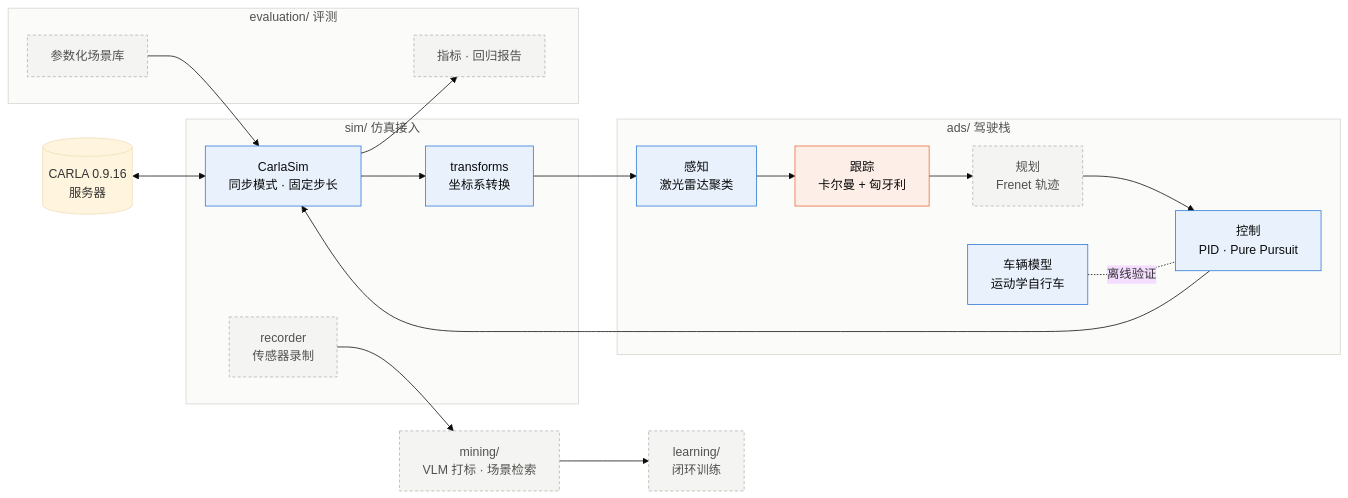
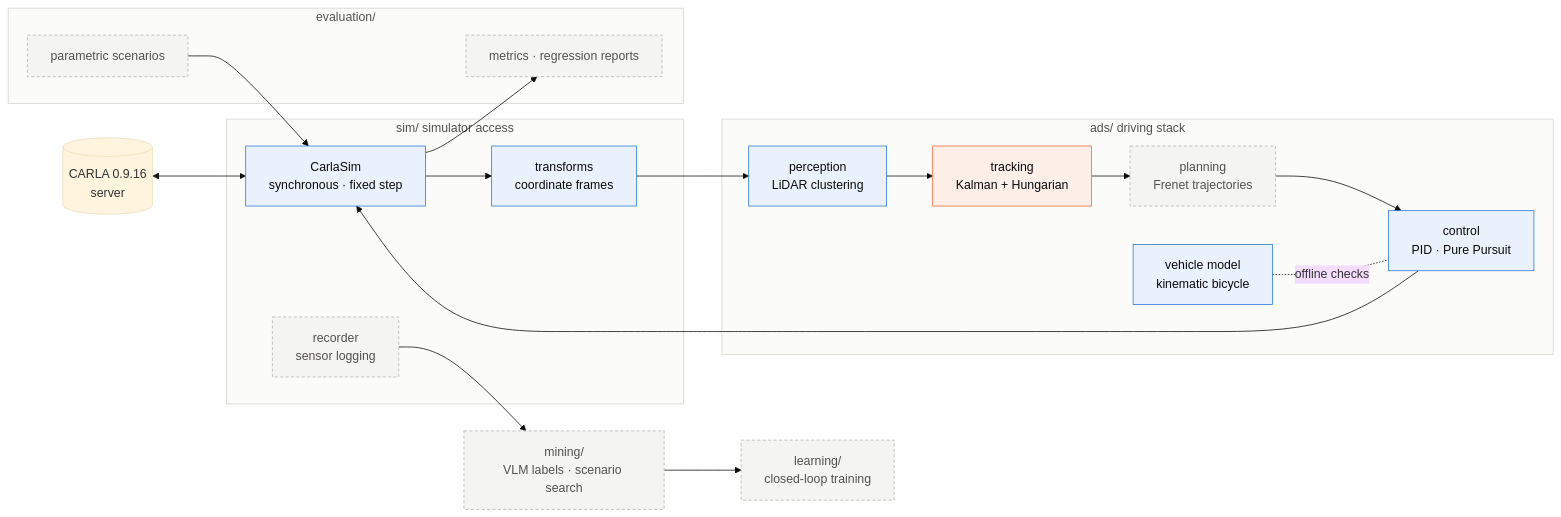
One commit to chasen2041maker/highway-sim-eval changed the diagram in README.md. Above: the diagram before and after it, drawn with Mermaid (base theme). The commit also changed other lines of this file and 1 other file, not shown here.

````diff
--- a/README.md
+++ b/README.md
@@ -76,40 +65,40 @@
 ```mermaid
 flowchart LR
-    CARLA[("CARLA 0.9.16<br/>服务器")]
+    CARLA[("CARLA 0.9.16<br/>server")]
 
-    subgraph SIM["sim/ 仿真接入"]
-        C["CarlaSim<br/>同步模式 · 固定步长"]
-        T["transforms<br/>坐标系转换"]
-        R["recorder<br/>传感器录制"]
+    subgraph SIM["sim/ simulator access"]
+        C["CarlaSim<br/>synchronous · fixed step"]
+        T["transforms<br/>coordinate frames"]
+        R["recorder<br/>sensor logging"]
     end
 
-    subgraph ADS["ads/ 驾驶栈"]
-        P["感知<br/>激光雷达聚类"]
-        K["跟踪<br/>卡尔曼 + 匈牙利"]
-        PL["规划<br/>Frenet 轨迹"]
-        CT["控制<br/>PID · Pure Pursuit"]
-        V["车辆模型<br/>运动学自行车"]
+    subgraph ADS["ads/ driving stack"]
+        P["perception<br/>LiDAR clustering"]
+        K["tracking<br/>Kalman + Hungarian"]
+        PL["planning<br/>Frenet trajectories"]
+        CT["control<br/>PID · Pure Pursuit"]
+        V["vehicle model<br/>kinematic bicycle"]
     end
 
-    subgraph EVAL["evaluation/ 评测"]
-        S["参数化场景库"]
-        M["指标 · 回归报告"]
+    subgraph EVAL["evaluation/"]
+        S["parametric scenarios"]
+        M["metrics · regression reports"]
     end
 
     CARLA <--> C
     C --> T --> P --> K --> PL --> CT --> C
-    V -. 离线验证 .- CT
+    V -. offline checks .- CT
     S --> C
     C --> M
-    R --> MINE["mining/<br/>VLM 打标 · 场景检索"] --> L["learning/<br/>闭环训练"]
+    R --> MINE["mining/<br/>VLM labels · scenario search"] --> L["learning/<br/>closed-loop training"]
 
     style SIM fill:#fbfbfa,stroke:#d6d4ce,color:#52514e
     style ADS fill:#fbfbfa,stroke:#d6d4ce,color:#52514e
     style EVAL fill:#fbfbfa,stroke:#d6d4ce,color:#52514e
     classDef done fill:#e8f1fc,stroke:#2a78d6,color:#0b0b0b
     classDef doing fill:#fdeee7,stroke:#eb6834,color:#0b0b0b
     classDef todo fill:#f4f4f2,stroke:#b5b3ad,color:#52514e,stroke-dasharray:4 3
     class C,T,V,CT,P done
     class K doing
     class R,PL,S,M,MINE,L todo
 ```
````
